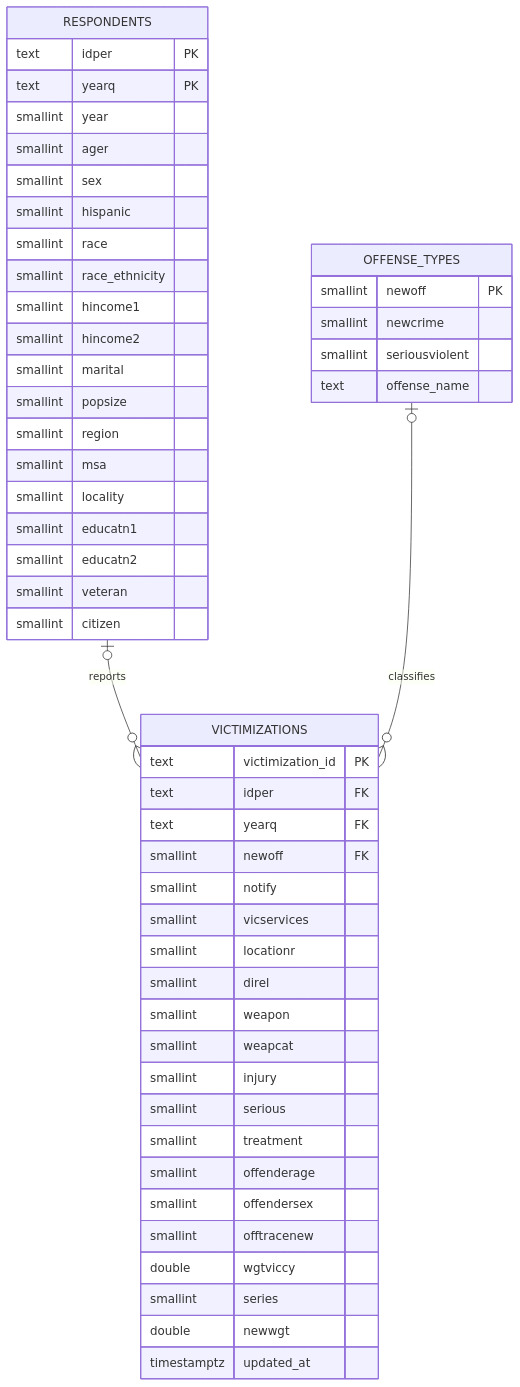
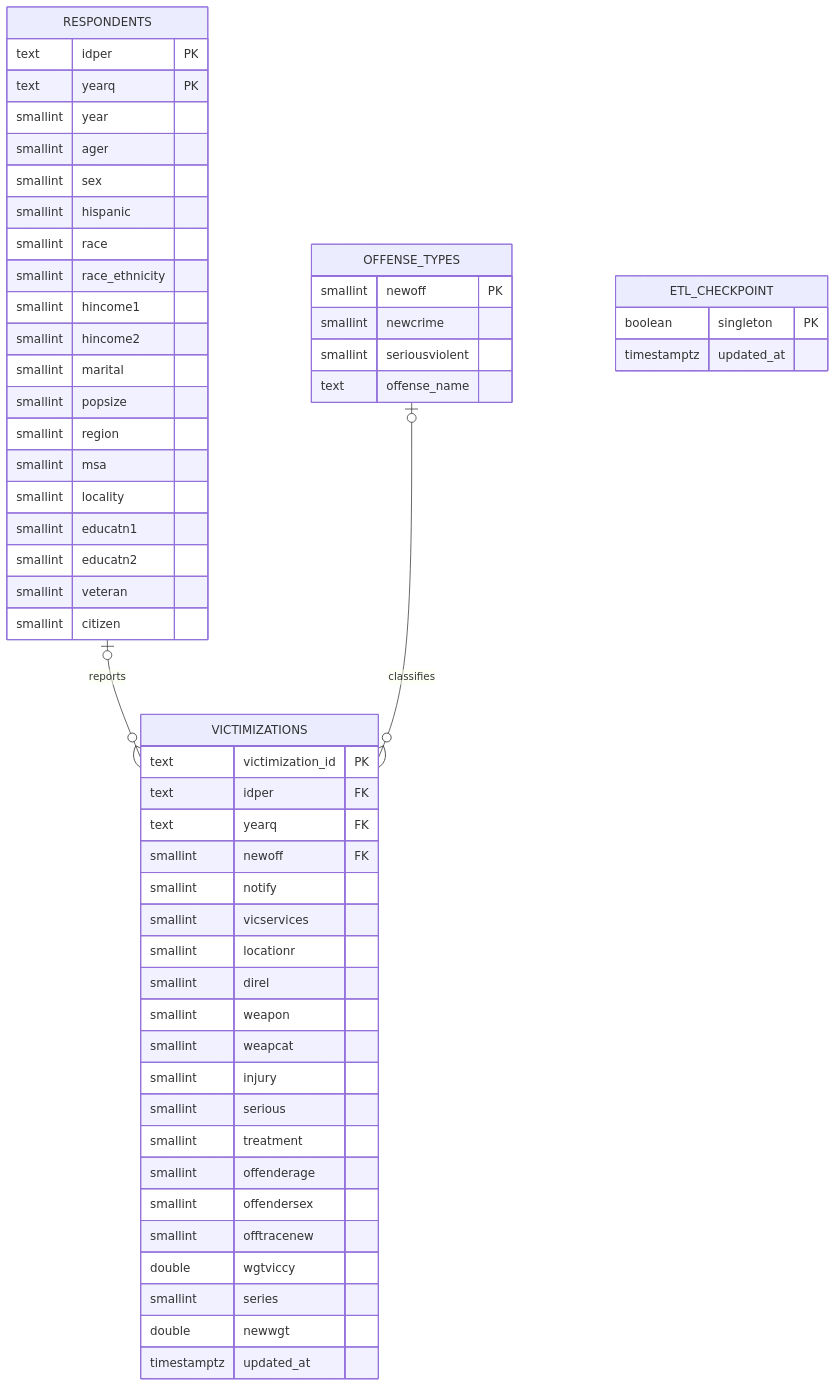
Before and after one commit to JacksonWeibelDev/DAEN328-Term-Project: the diagram in README.md, drawn with Mermaid. The commit also changed other lines of this file, not shown here.

Commit message:
Document incremental ETL and setup

````diff
--- a/README.md
+++ b/README.md
@@ -43,54 +65,58 @@
 ```mermaid
 erDiagram
     RESPONDENTS o|--o{ VICTIMIZATIONS : reports
     OFFENSE_TYPES o|--o{ VICTIMIZATIONS : classifies
     RESPONDENTS {
         text idper PK
         text yearq PK
         smallint year
         smallint ager
         smallint sex
         smallint hispanic
         smallint race
         smallint race_ethnicity
         smallint hincome1
         smallint hincome2
         smallint marital
         smallint popsize
         smallint region
         smallint msa
         smallint locality
         smallint educatn1
         smallint educatn2
         smallint veteran
         smallint citizen
     }
     OFFENSE_TYPES {
         smallint newoff PK
         smallint newcrime
         smallint seriousviolent
         text offense_name
     }
     VICTIMIZATIONS {
         text victimization_id PK
         text idper FK
         text yearq FK
         smallint newoff FK
         smallint notify
         smallint vicservices
         smallint locationr
         smallint direl
         smallint weapon
         smallint weapcat
         smallint injury
         smallint serious
         smallint treatment
         smallint offenderage
         smallint offendersex
         smallint offtracenew
         double wgtviccy
         smallint series
         double newwgt
         timestamptz updated_at
     }
+    ETL_CHECKPOINT {
+        boolean singleton PK
+        timestamptz updated_at
+    }
 ```
````
